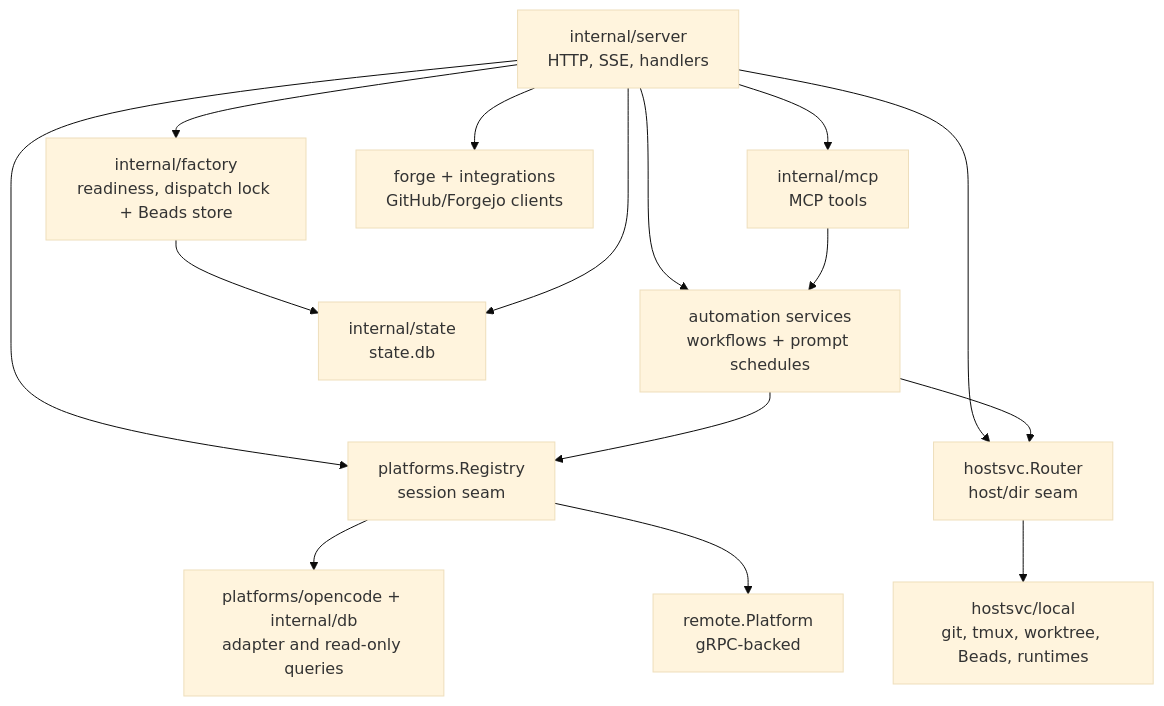
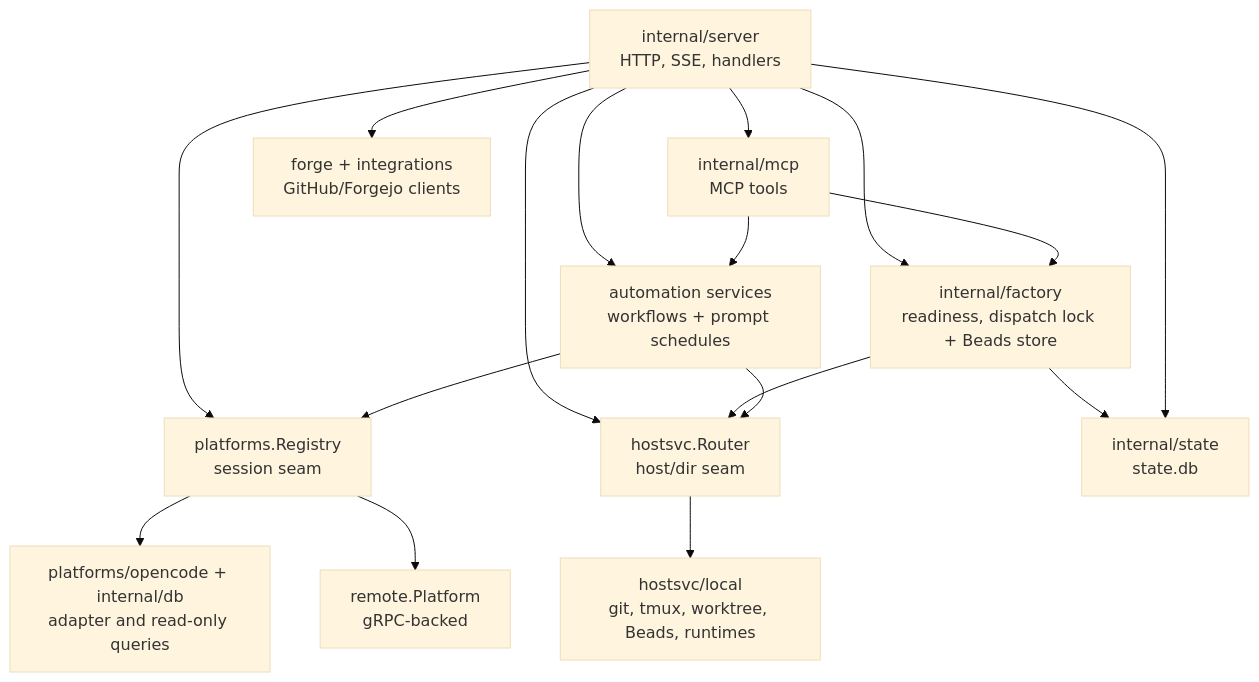
Before and after one commit to ocman/ocman: the third of 5 diagrams in docs/other/architecture.md, drawn with Mermaid (base theme). The commit also changed other lines of this file and 18 other files, not shown here.

````diff
--- a/docs/other/architecture.md
+++ b/docs/other/architecture.md
@@ -88,17 +88,19 @@
 ```mermaid
 flowchart TD
     Server[internal/server<br/>HTTP, SSE, handlers] --> Registry[platforms.Registry<br/>session seam]
     Server --> Router[hostsvc.Router<br/>host/dir seam]
     Server --> Workflows[automation services<br/>workflows + prompt schedules]
     Server --> Factory[internal/factory<br/>readiness, dispatch lock + Beads store]
     Factory --> State
+    Factory --> Router
     Workflows --> Registry
     Workflows --> Router
     Server --> MCP[internal/mcp<br/>MCP tools]
     MCP --> Workflows
+    MCP --> Factory
     Registry --> OC[platforms/opencode + internal/db<br/>adapter and read-only queries]
     Registry --> RP[remote.Platform<br/>gRPC-backed]
     Router --> Local[hostsvc/local<br/>git, tmux, worktree, Beads, runtimes]
     Server --> State[internal/state<br/>state.db]
     Server --> Forge[forge + integrations<br/>GitHub/Forgejo clients]
 ```
````
